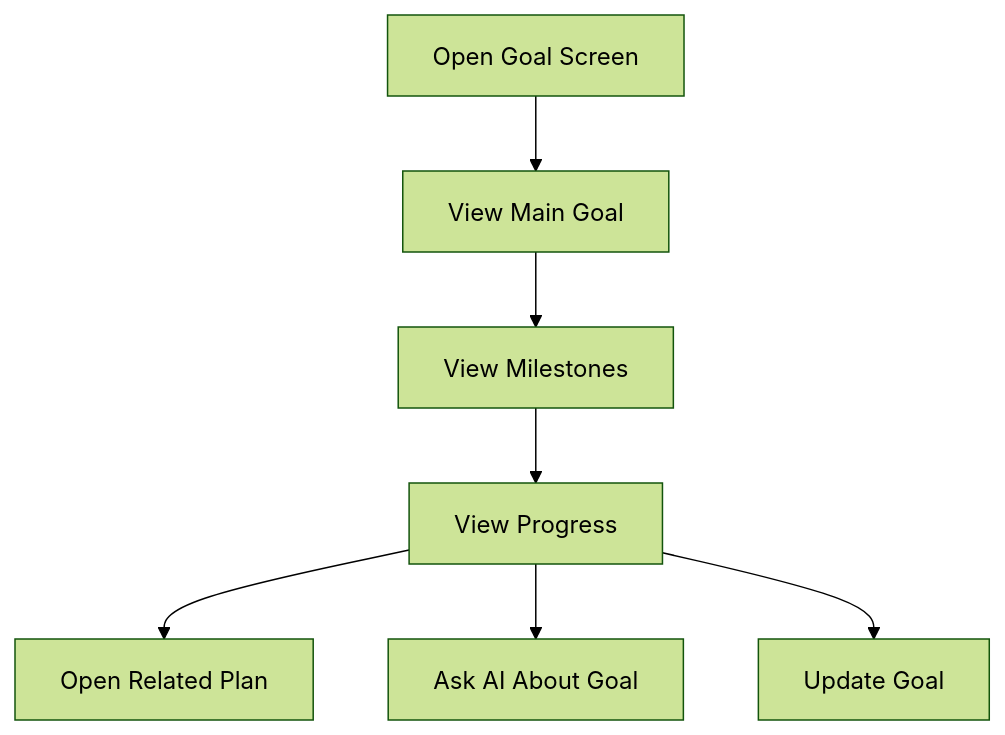
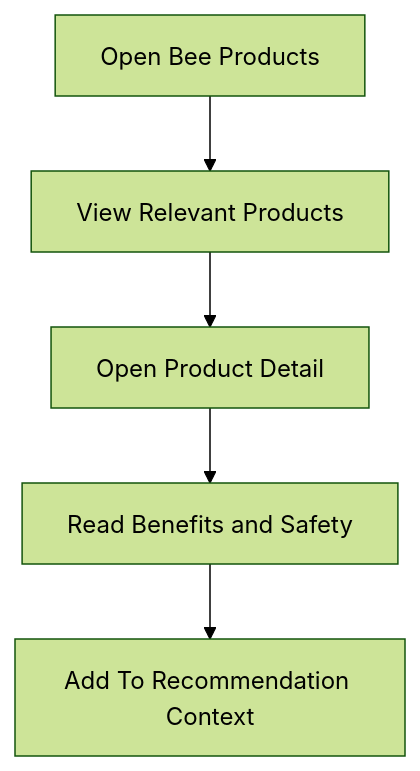
Before and after one commit to Yaroslavkukin/HealthCoach: diagram 15 of 20 in docs/USER_FLOW.md, drawn with Mermaid (forest theme). The commit also changed other lines of this file and 20 other files, not shown here.

````diff
--- a/docs/USER_FLOW.md
+++ b/docs/USER_FLOW.md
@@ -830,9 +453,7 @@
 ```mermaid
 flowchart TD
-    A[Open Goal Screen] --> B[View Main Goal]
-    B --> C[View Milestones]
-    C --> D[View Progress]
-    D --> E[Open Related Plan]
-    D --> F[Ask AI About Goal]
-    D --> G[Update Goal]
+    A[Open Bee Products] --> B[View Relevant Products]
+    B --> C[Open Product Detail]
+    C --> D[Read Benefits and Safety]
+    D --> E[Add To Recommendation Context]
 ```
````
